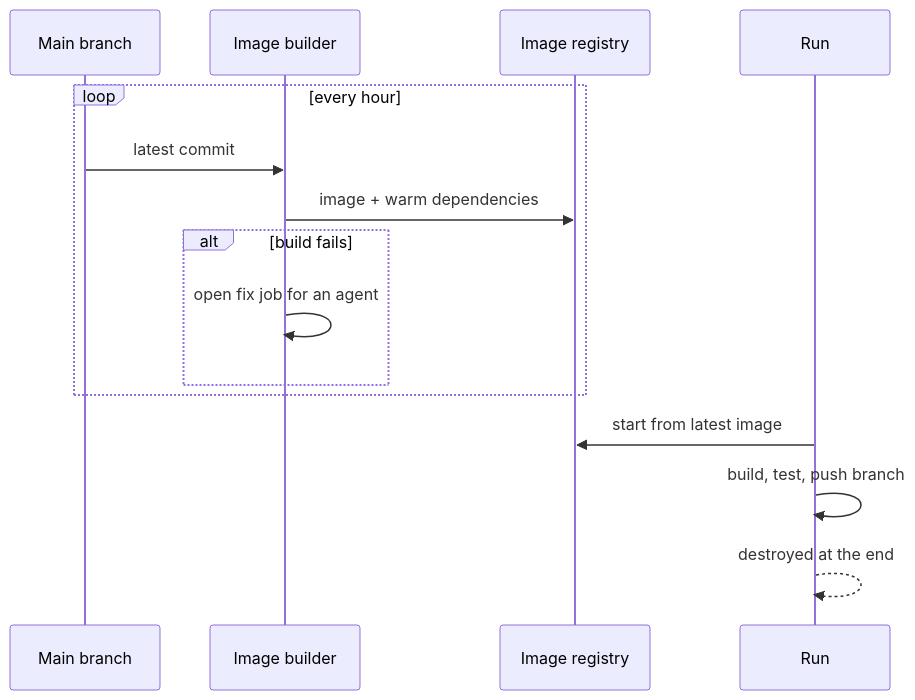
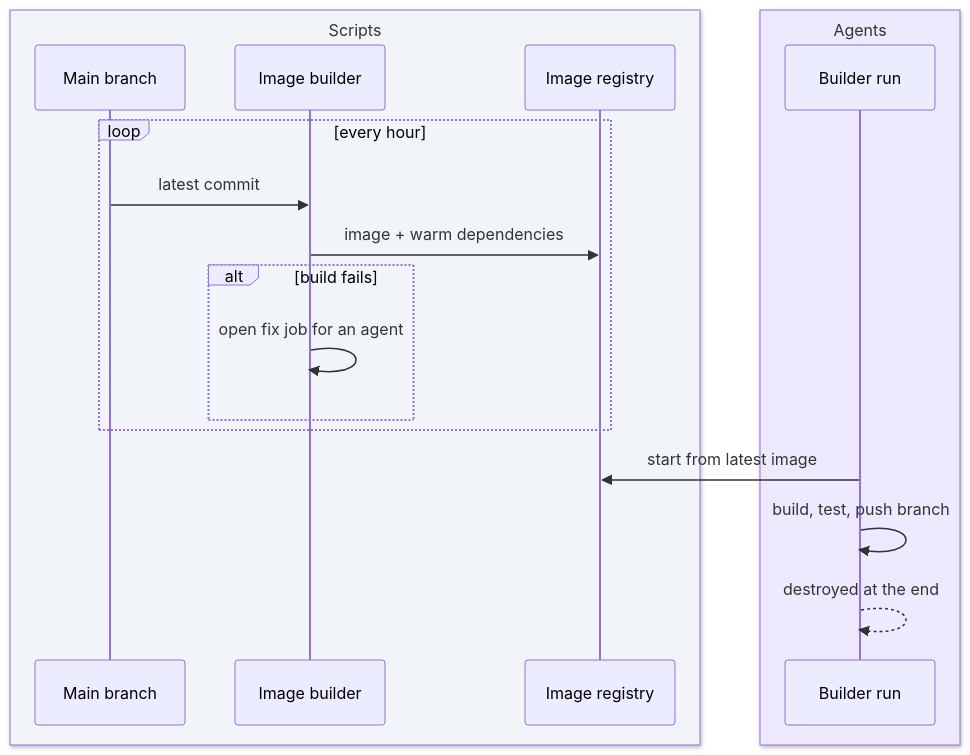
One commit to icelink-ai/software-factory-manifesto changed the diagram in docs/04-sandboxes/disposable-environments.md. Above: the diagram before and after it, drawn with Mermaid. The commit also changed other lines of this file and 73 other files, not shown here.

````diff
--- a/docs/04-sandboxes/disposable-environments.md
+++ b/docs/04-sandboxes/disposable-environments.md
@@ -29,17 +36,21 @@
 ```mermaid
 sequenceDiagram
-    participant M as Main branch
-    participant B as Image builder
-    participant I as Image registry
-    participant R as Run
+    box rgb(241,245,249) Scripts
+        participant M as Main branch
+        participant B as Image builder
+        participant I as Image registry
+    end
+    box rgb(237,233,254) Agents
+        participant R as Builder run
+    end
     loop every hour
         M->>B: latest commit
         B->>I: image + warm dependencies
         alt build fails
             B->>B: open fix job for an agent
         end
     end
     R->>I: start from latest image
     R->>R: build, test, push branch
     R-->>R: destroyed at the end
 ```
````
